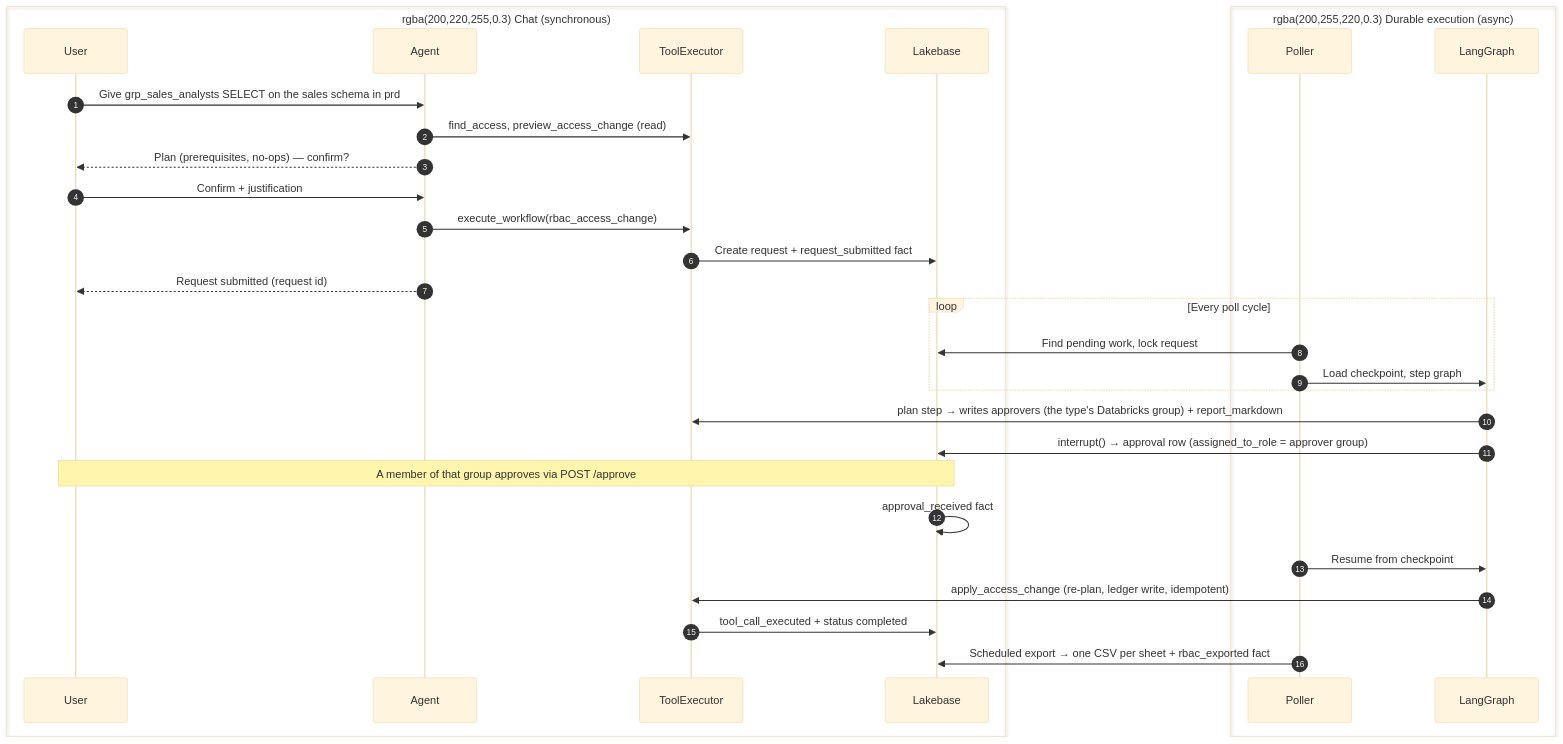
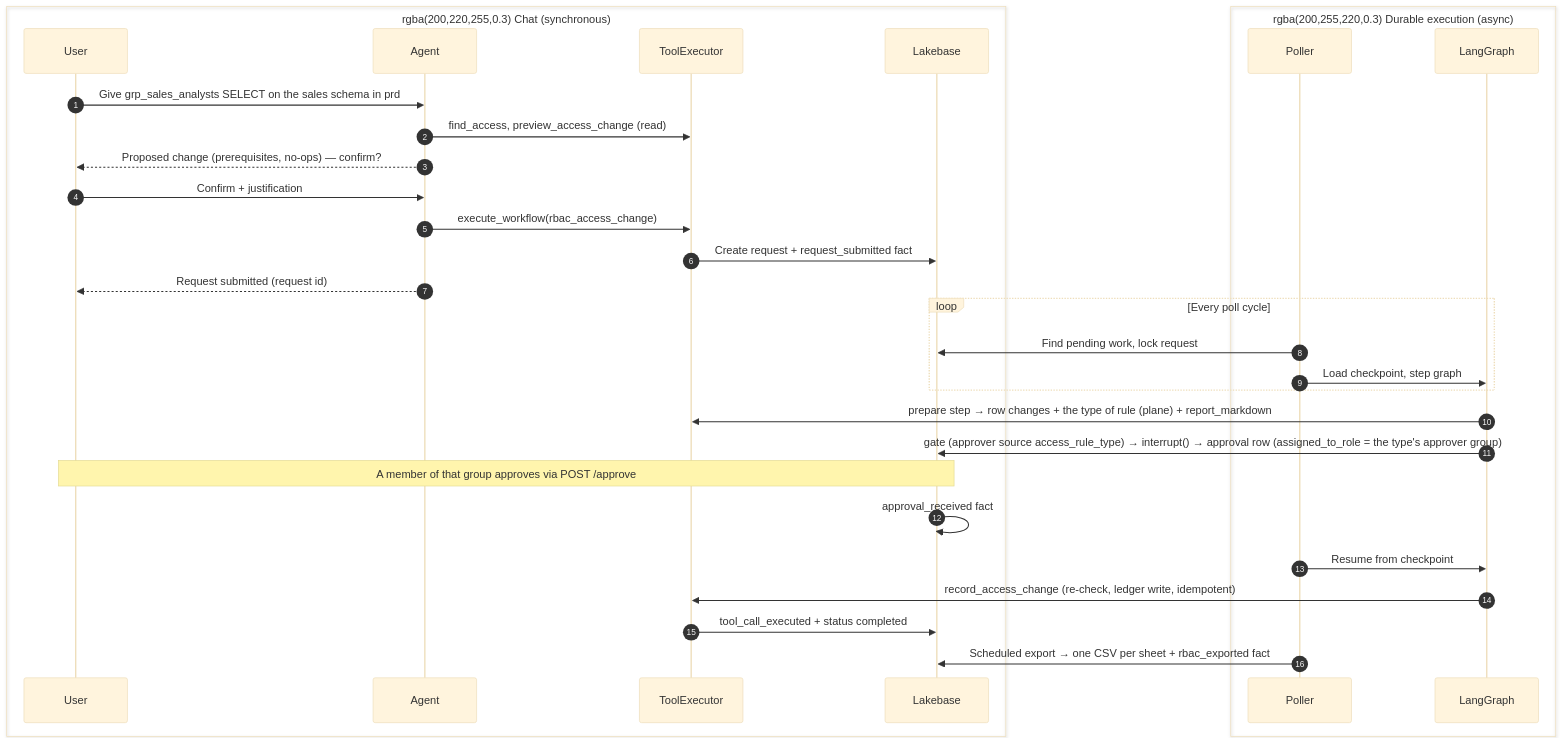
Before and after one commit to TaylorAHanson/ssc: the fourth of 4 diagrams in docs/ARCHITECTURE.md, drawn with Mermaid (base theme). The commit also changed other lines of this file and 64 other files, not shown here.

````diff
--- a/docs/ARCHITECTURE.md
+++ b/docs/ARCHITECTURE.md
@@ -478,39 +478,39 @@
 ```mermaid
 sequenceDiagram
     autonumber
     box rgba(200,220,255,0.3) Chat (synchronous)
         participant U as User
         participant A as Agent
         participant X as ToolExecutor
         participant DB as Lakebase
     end
 
     U->>A: Give grp_sales_analysts SELECT on the sales schema in prd
     A->>X: find_access, preview_access_change (read)
-    A-->>U: Plan (prerequisites, no-ops) — confirm?
+    A-->>U: Proposed change (prerequisites, no-ops) — confirm?
     U->>A: Confirm + justification
     A->>X: execute_workflow(rbac_access_change)
     X->>DB: Create request + request_submitted fact
     A-->>U: Request submitted (request id)
 
     box rgba(200,255,220,0.3) Durable execution (async)
         participant P as Poller
         participant G as LangGraph
     end
 
     loop Every poll cycle
         P->>DB: Find pending work, lock request
         P->>G: Load checkpoint, step graph
     end
 
-    G->>X: plan step → writes approvers (the type's Databricks group) + report_markdown
-    G->>DB: interrupt() → approval row (assigned_to_role = approver group)
+    G->>X: prepare step → row changes + the type of rule (plane) + report_markdown
+    G->>DB: gate (approver source access_rule_type) → interrupt() → approval row (assigned_to_role = the type's approver group)
 
     Note over U,DB: A member of that group approves via POST /approve
 
     DB->>DB: approval_received fact
     P->>G: Resume from checkpoint
-    G->>X: apply_access_change (re-plan, ledger write, idempotent)
+    G->>X: record_access_change (re-check, ledger write, idempotent)
     X->>DB: tool_call_executed + status completed
     P->>DB: Scheduled export → one CSV per sheet + rbac_exported fact
 ```
````
